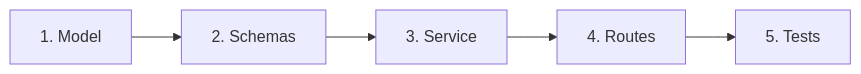
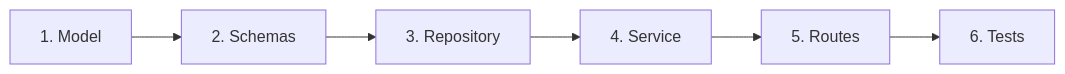
Before and after one commit to ikaric/python-template: the third of 4 diagrams in README.md, drawn with Mermaid. The commit also changed other lines of this file and 12 other files, not shown here.

````diff
--- a/README.md
+++ b/README.md
@@ -335,7 +360,8 @@
 ```mermaid
 graph LR
     A[1. Model] --> B[2. Schemas]
-    B --> C[3. Service]
-    C --> D[4. Routes]
-    D --> E[5. Tests]
+    B --> C[3. Repository]
+    C --> D[4. Service]
+    D --> E[5. Routes]
+    E --> F[6. Tests]
 ```
````
